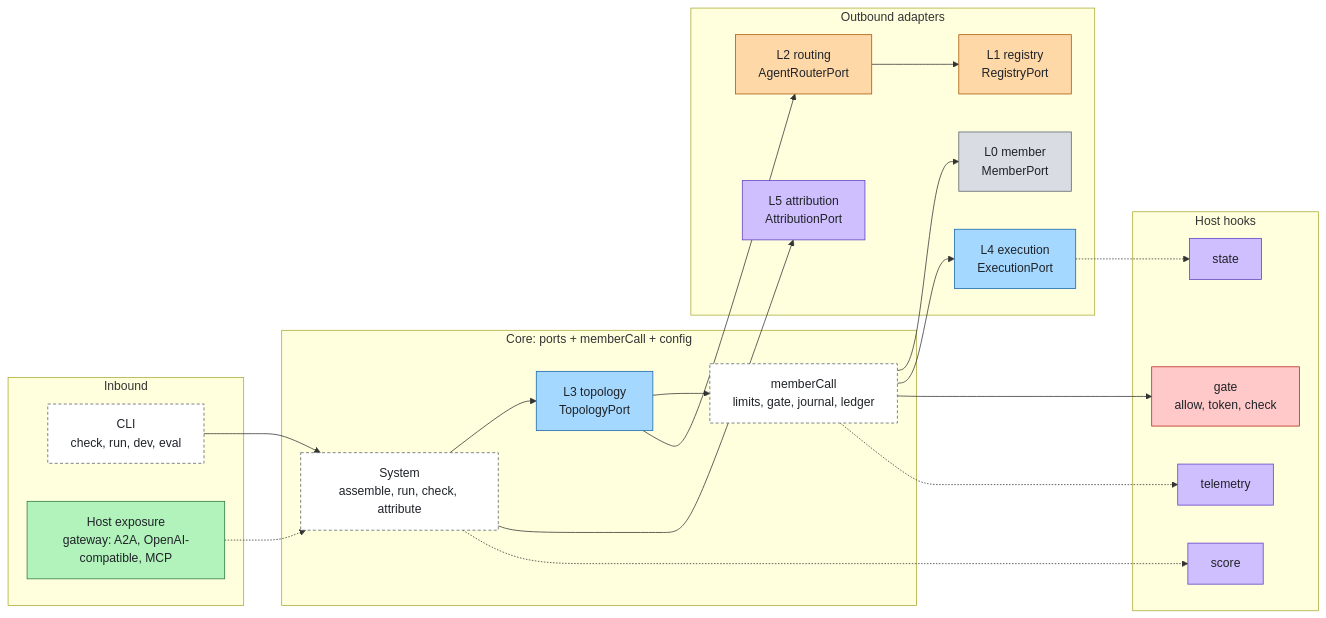
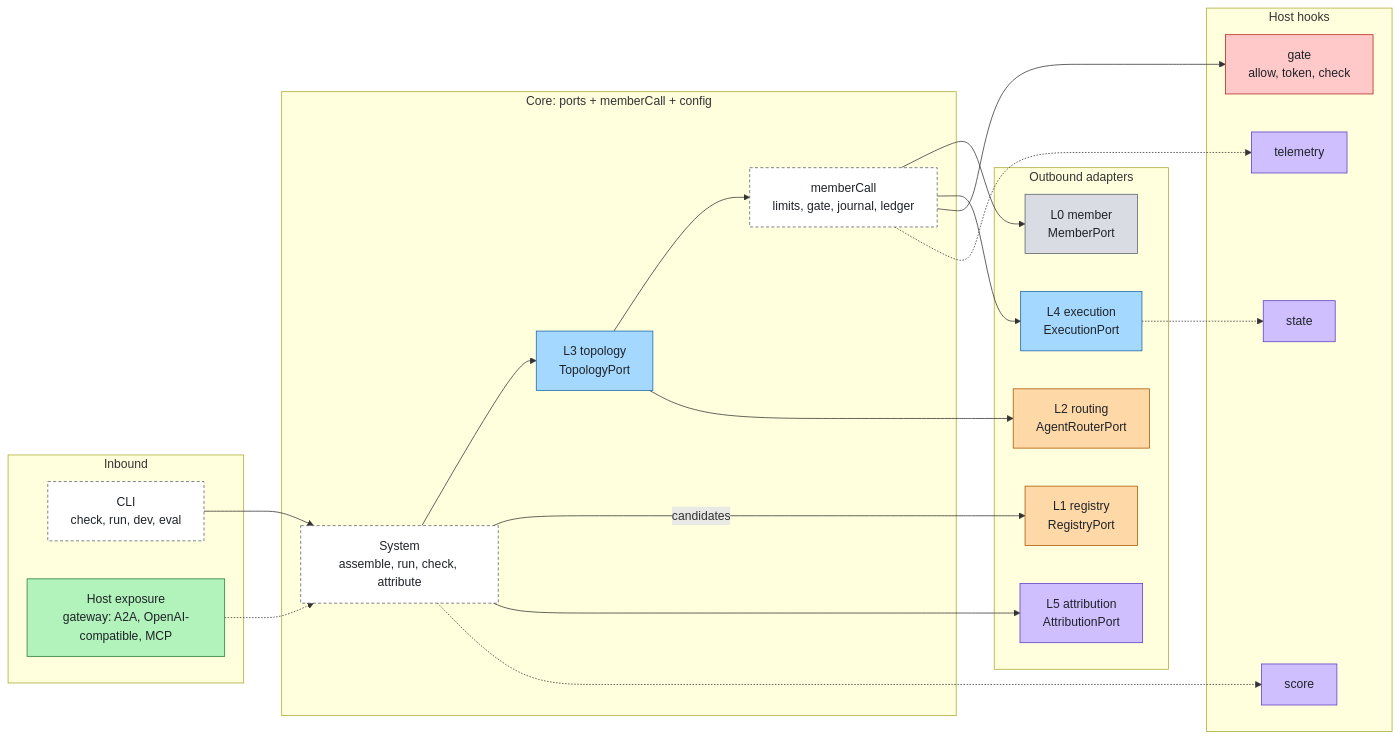
The first of 2 diagrams in docs/architecture.md (aantenore/agent-plexus), drawn with Mermaid before and after one commit. The commit also changed other lines of this file and 10 other files, not shown here.

First line of the commit message:
docs: system figure and diagrams in the agent-layers style

````diff
--- a/docs/architecture.md
+++ b/docs/architecture.md
@@ -33,43 +33,44 @@
 ```mermaid
 flowchart LR
   subgraph inbound[Inbound]
     cli[CLI<br/>check, run, dev, eval]:::external
     exp[Host exposure<br/>gateway: A2A, OpenAI-compatible, MCP]:::experience
   end
   subgraph core[Core: ports + memberCall + config]
     sys[System<br/>assemble, run, check, attribute]:::external
     mc[memberCall<br/>limits, gate, journal, ledger]:::external
     tp[L3 topology<br/>TopologyPort]:::agent
   end
   subgraph outbound[Outbound adapters]
     m[L0 member<br/>MemberPort]:::foundation
     r[L1 registry<br/>RegistryPort]:::model
     ro[L2 routing<br/>AgentRouterPort]:::model
     ex[L4 execution<br/>ExecutionPort]:::agent
     at[L5 attribution<br/>AttributionPort]:::insight
   end
   subgraph hostp[Host hooks]
     g[gate<br/>allow, token, check]:::control
     te[telemetry]:::insight
     sc[score]:::insight
     st[state]:::insight
   end
   cli --> sys
   exp -.-> sys
   sys --> tp --> mc
   mc --> m
-  tp --> ro --> r
+  tp --> ro
+  sys -->|"candidates"| r
   mc --> ex
   sys --> at
   mc --> g
   mc -.-> te
   sys -.-> sc
   ex -.-> st
   classDef foundation fill:#d9dde3,stroke:#57606a,color:#1f2328
   classDef model fill:#ffd8a8,stroke:#a85400,color:#1f2328
   classDef agent fill:#a5d8ff,stroke:#1864ab,color:#1f2328
   classDef control fill:#ffc9c9,stroke:#b42318,color:#1f2328
   classDef experience fill:#b2f2bb,stroke:#2a7a38,color:#1f2328
   classDef insight fill:#d0bfff,stroke:#5f3dc4,color:#1f2328
   classDef external fill:#ffffff,stroke:#57606a,color:#1f2328,stroke-dasharray:4 3
 ```
````
